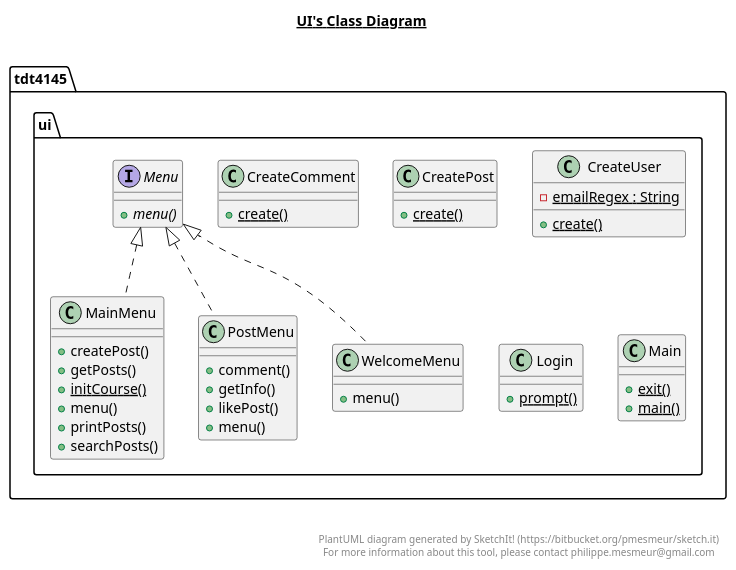
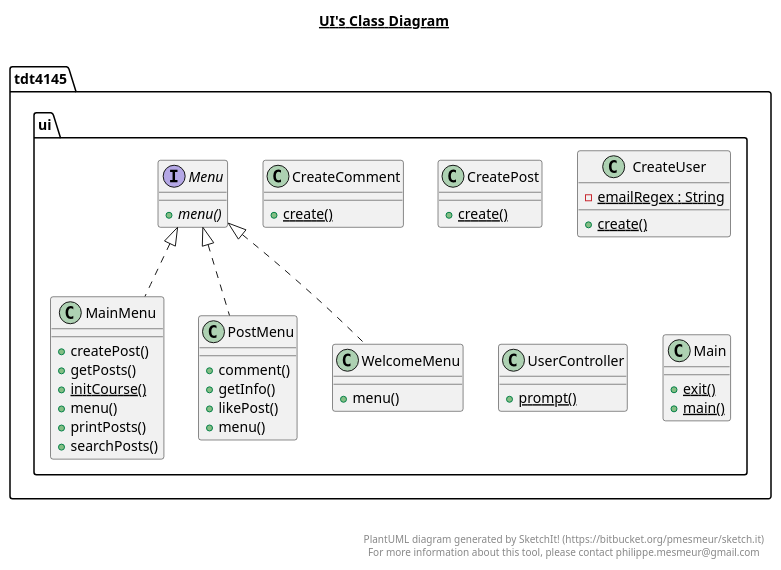
One commit to StefanTomic-NTNU/piazza changed the diagram in documentation/UML/ui.plantuml. Above: the diagram before and after it, drawn with PlantUML. The commit also changed 10 other files, not shown here.

```diff
--- a/documentation/UML/ui.plantuml
+++ b/documentation/UML/ui.plantuml
@@ -1,90 +1,90 @@
 @startuml
 
 title __UI's Class Diagram__\n
 
   namespace tdt4145.ui {
     class tdt4145.ui.CreateComment {
         {static} + create()
     }
   }
   
 
   namespace tdt4145.ui {
     class tdt4145.ui.CreatePost {
         {static} + create()
     }
   }
   
 
   namespace tdt4145.ui {
     class tdt4145.ui.CreateUser {
         {static} - emailRegex : String
         {static} + create()
     }
   }
   
 
   namespace tdt4145.ui {
-    class tdt4145.ui.Login {
+    class tdt4145.ui.UserController {
         {static} + prompt()
     }
   }
   
 
   namespace tdt4145.ui {
     class tdt4145.ui.Main {
         {static} + exit()
         {static} + main()
     }
   }
   
 
   namespace tdt4145.ui {
     class tdt4145.ui.MainMenu {
         + createPost()
         + getPosts()
         {static} + initCourse()
         + menu()
         + printPosts()
         + searchPosts()
     }
   }
   
 
   namespace tdt4145.ui {
     interface tdt4145.ui.Menu {
         {abstract} + menu()
     }
   }
   
 
   namespace tdt4145.ui {
     class tdt4145.ui.PostMenu {
         + comment()
         + getInfo()
         + likePost()
         + menu()
     }
   }
   
 
   namespace tdt4145.ui {
     class tdt4145.ui.WelcomeMenu {
         + menu()
     }
   }
   
 
   tdt4145.ui.MainMenu .up.|> tdt4145.ui.Menu
   tdt4145.ui.PostMenu .up.|> tdt4145.ui.Menu
   tdt4145.ui.WelcomeMenu .up.|> tdt4145.ui.Menu
 
 
 right footer
 
 
 PlantUML diagram generated by SketchIt! (https://bitbucket.org/pmesmeur/sketch.it)
 For more information about this tool, please contact philippe.mesmeur@gmail.com
 endfooter
 
 @enduml
```
